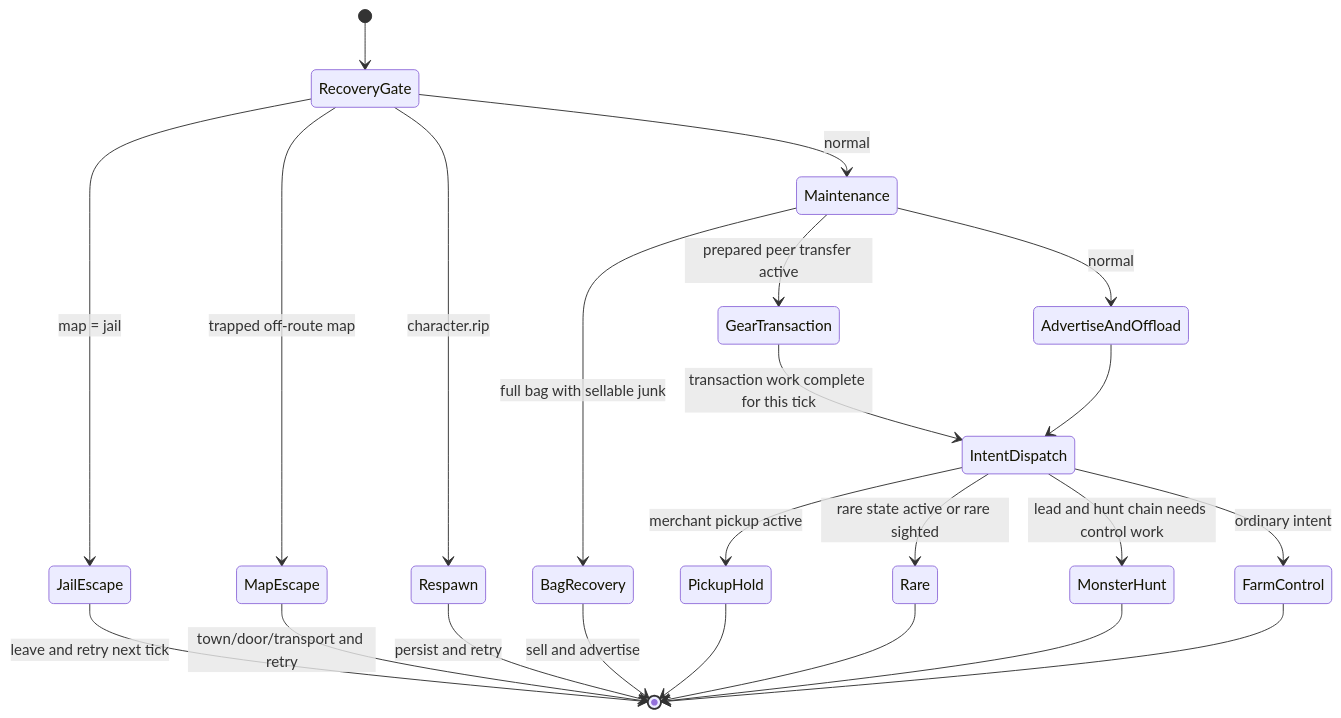
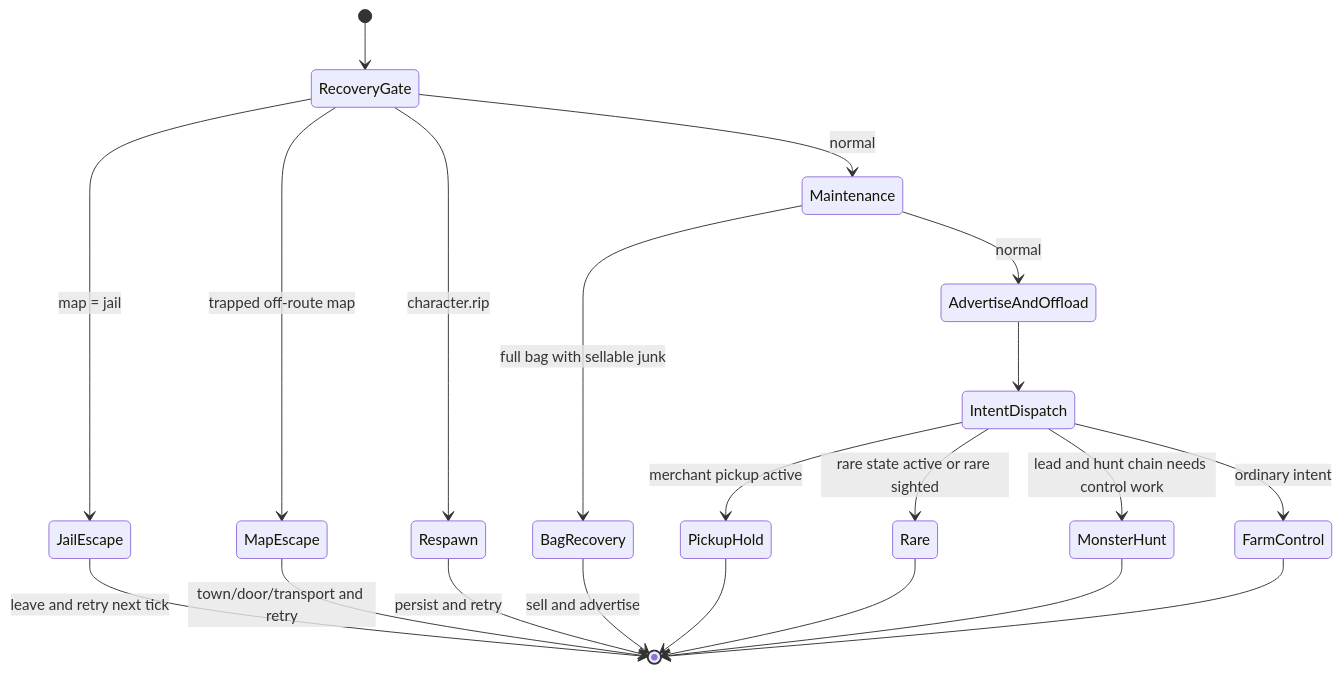
Before and after one commit to lizizatt/scratch: the first of 7 diagrams in adventureland/FIGHTER_PLAN.md, drawn with Mermaid. The commit also changed other lines of this file and 9 other files, not shown here.

````diff
--- a/adventureland/FIGHTER_PLAN.md
+++ b/adventureland/FIGHTER_PLAN.md
@@ -64,29 +64,27 @@
 ```mermaid
 stateDiagram-v2
     [*] --> RecoveryGate
     RecoveryGate --> JailEscape: map = jail
     RecoveryGate --> MapEscape: trapped off-route map
     RecoveryGate --> Respawn: character.rip
     RecoveryGate --> Maintenance: normal
 
     JailEscape --> [*]: leave and retry next tick
     MapEscape --> [*]: town/door/transport and retry
     Respawn --> [*]: persist and retry
 
-    Maintenance --> GearTransaction: prepared peer transfer active
     Maintenance --> BagRecovery: full bag with sellable junk
     Maintenance --> AdvertiseAndOffload: normal
-    GearTransaction --> IntentDispatch: transaction work complete for this tick
     BagRecovery --> [*]: sell and advertise
     AdvertiseAndOffload --> IntentDispatch
 
     IntentDispatch --> PickupHold: merchant pickup active
     IntentDispatch --> Rare: rare state active or rare sighted
     IntentDispatch --> MonsterHunt: lead and hunt chain needs control work
     IntentDispatch --> FarmControl: ordinary intent
 
     PickupHold --> [*]
     Rare --> [*]
     MonsterHunt --> [*]
     FarmControl --> [*]
 ```
````
